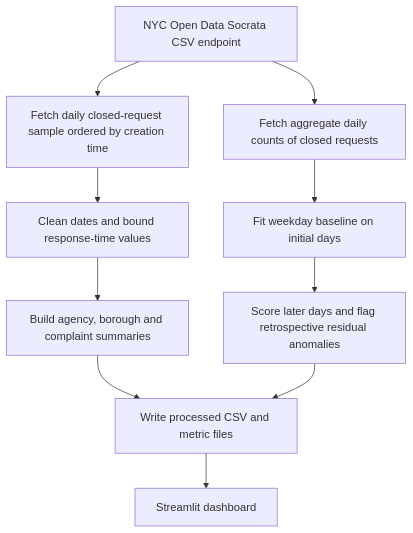
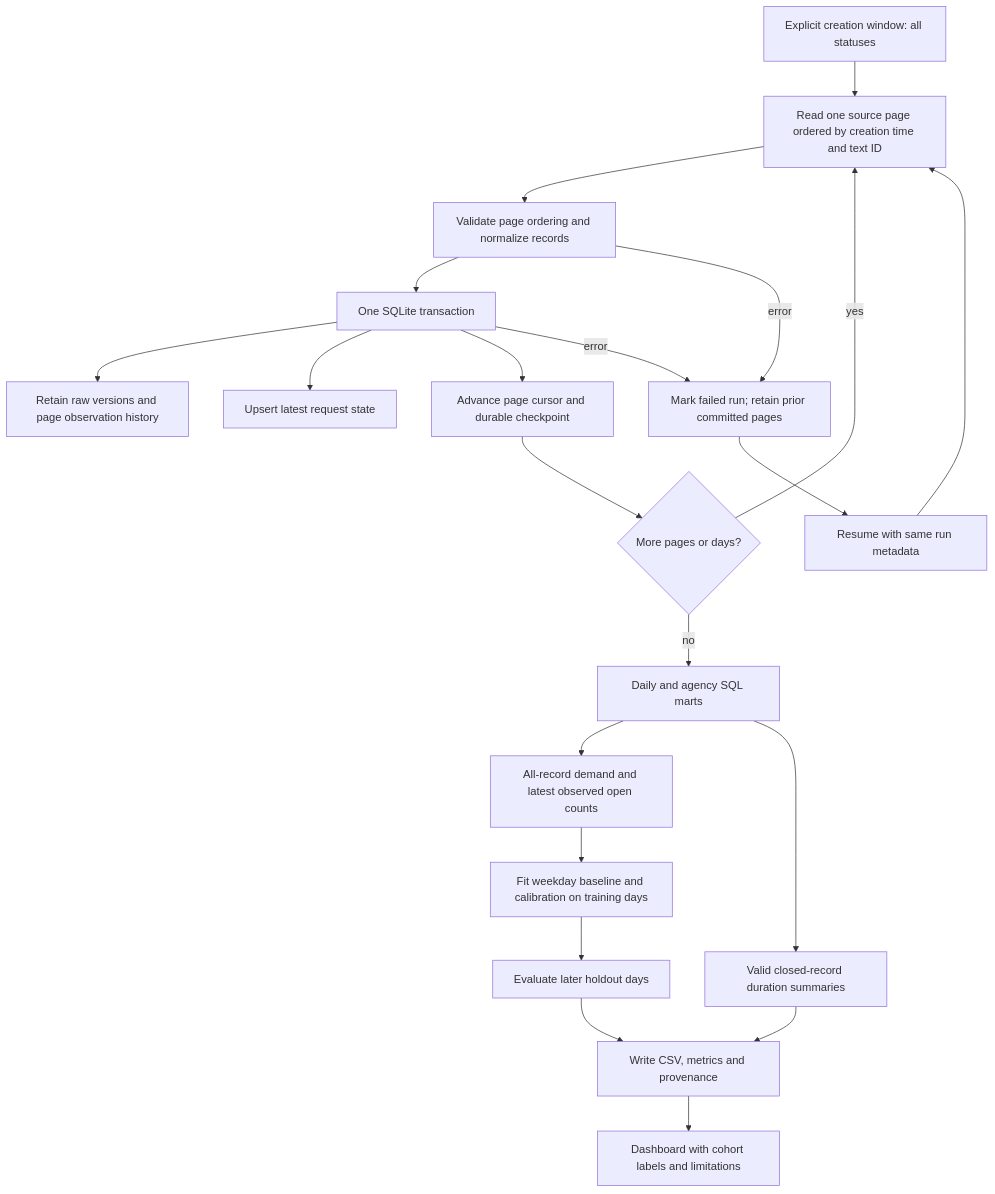
The diagram in WORKFLOW.md (Zinga18018/nyc-311-service-monitor), drawn with Mermaid before and after one commit. The commit also changed other lines of this file and 21 other files, not shown here.

Commit message:
Add resumable request warehouse and separate backlog from closure metrics

````diff
--- a/WORKFLOW.md
+++ b/WORKFLOW.md
@@ -9,12 +6,23 @@
 ```mermaid
 flowchart TD
-A["NYC Open Data Socrata CSV endpoint"] --> B["Fetch daily closed-request sample ordered by creation time"]
-    A --> C["Fetch aggregate daily counts of closed requests"]
-    B --> D["Clean dates and bound response-time values"]
-    D --> E["Build agency, borough and complaint summaries"]
-    C --> F["Fit weekday baseline on initial days"]
-    F --> G["Score later days and flag retrospective residual anomalies"]
-    E --> H["Write processed CSV and metric files"]
-    G --> H
-    H --> I["Streamlit dashboard"]
+    A["Explicit creation window: all statuses"] --> B["Read one source page ordered by creation time and text ID"]
+    B --> C["Validate page ordering and normalize records"]
+    C --> D["One SQLite transaction"]
+    D --> E["Retain raw versions and page observation history"]
+    D --> F["Upsert latest request state"]
+    D --> G["Advance page cursor and durable checkpoint"]
+    G --> H{"More pages or days?"}
+    H -->|yes| B
+    H -->|no| I["Daily and agency SQL marts"]
+    C -->|error| J["Mark failed run; retain prior committed pages"]
+    D -->|error| J
+    J --> K["Resume with same run metadata"]
+    K --> B
+    I --> L["All-record demand and latest observed open counts"]
+    I --> M["Valid closed-record duration summaries"]
+    L --> N["Fit weekday baseline and calibration on training days"]
+    N --> O["Evaluate later holdout days"]
+    M --> P["Write CSV, metrics and provenance"]
+    O --> P
+    P --> Q["Dashboard with cohort labels and limitations"]
 ```
````
